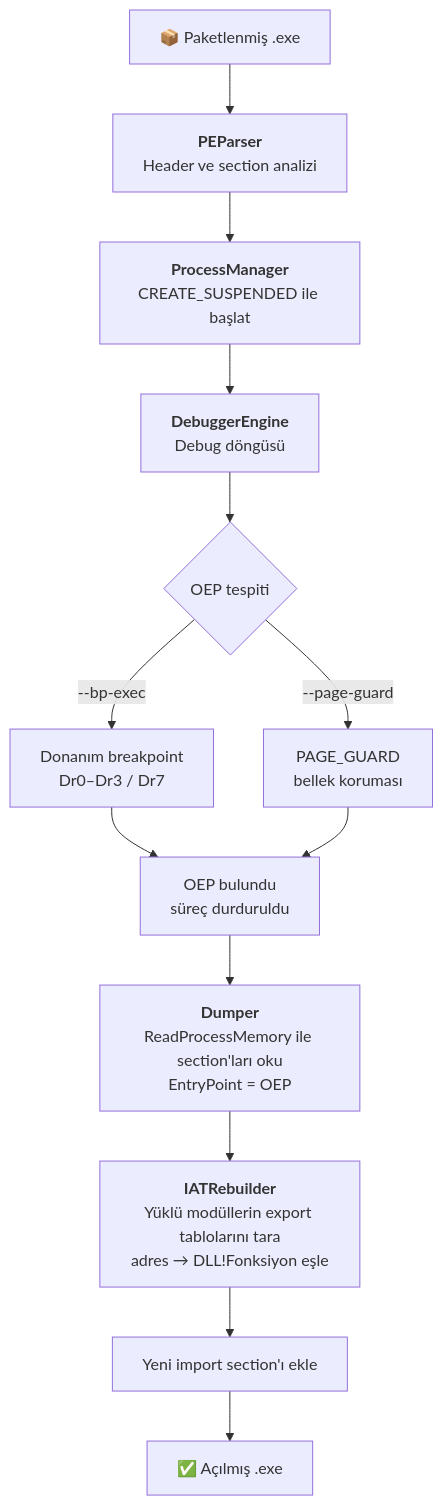
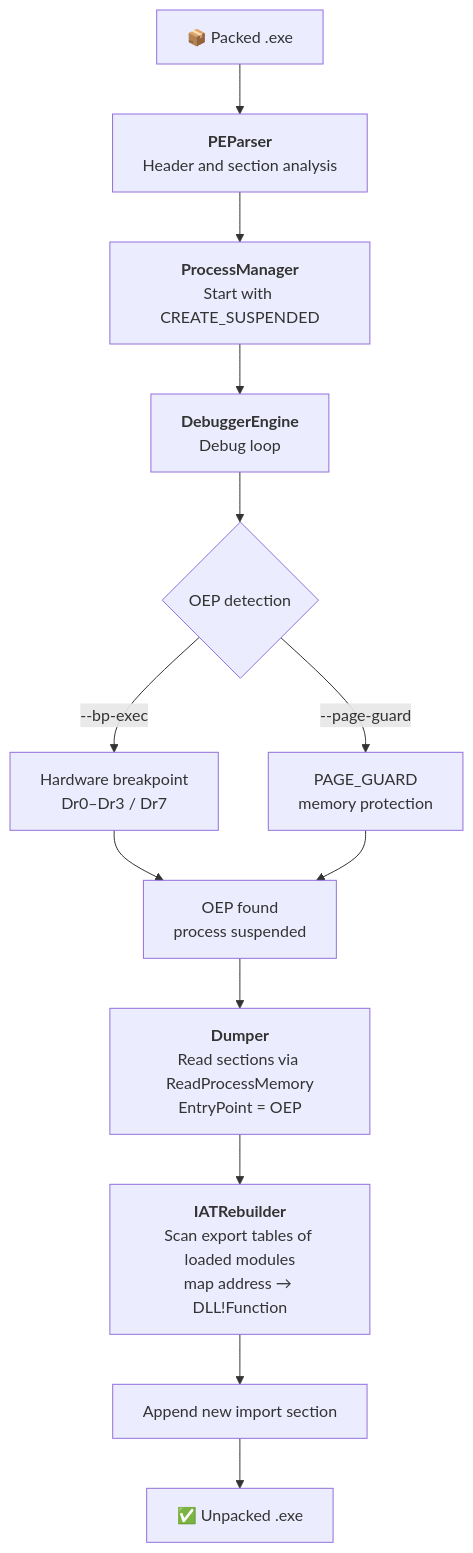
The diagram in README.md (SelamiKalay/pe-unpacker), drawn with Mermaid before and after one commit. The commit also changed other lines of this file and 1 other file, not shown here.

````diff
--- a/README.md
+++ b/README.md
@@ -12,15 +12,15 @@
 ```mermaid
 flowchart TD
-    A["📦 Paketlenmiş .exe"] --> B["<b>PEParser</b><br/>Header ve section analizi"]
-    B --> C["<b>ProcessManager</b><br/>CREATE_SUSPENDED ile başlat"]
-    C --> D["<b>DebuggerEngine</b><br/>Debug döngüsü"]
-    D --> E{"OEP tespiti"}
-    E -->|"--bp-exec"| F["Donanım breakpoint<br/>Dr0–Dr3 / Dr7"]
-    E -->|"--page-guard"| G["PAGE_GUARD<br/>bellek koruması"]
-    F --> H["OEP bulundu<br/>süreç durduruldu"]
+    A["📦 Packed .exe"] --> B["<b>PEParser</b><br/>Header and section analysis"]
+    B --> C["<b>ProcessManager</b><br/>Start with CREATE_SUSPENDED"]
+    C --> D["<b>DebuggerEngine</b><br/>Debug loop"]
+    D --> E{"OEP detection"}
+    E -->|"--bp-exec"| F["Hardware breakpoint<br/>Dr0–Dr3 / Dr7"]
+    E -->|"--page-guard"| G["PAGE_GUARD<br/>memory protection"]
+    F --> H["OEP found<br/>process suspended"]
     G --> H
-    H --> I["<b>Dumper</b><br/>ReadProcessMemory ile section'ları oku<br/>EntryPoint = OEP"]
-    I --> J["<b>IATRebuilder</b><br/>Yüklü modüllerin export tablolarını tara<br/>adres → DLL!Fonksiyon eşle"]
-    J --> K["Yeni import section'ı ekle"]
-    K --> L["✅ Açılmış .exe"]
+    H --> I["<b>Dumper</b><br/>Read sections via ReadProcessMemory<br/>EntryPoint = OEP"]
+    I --> J["<b>IATRebuilder</b><br/>Scan export tables of loaded modules<br/>map address → DLL!Function"]
+    J --> K["Append new import section"]
+    K --> L["✅ Unpacked .exe"]
 ```
````
